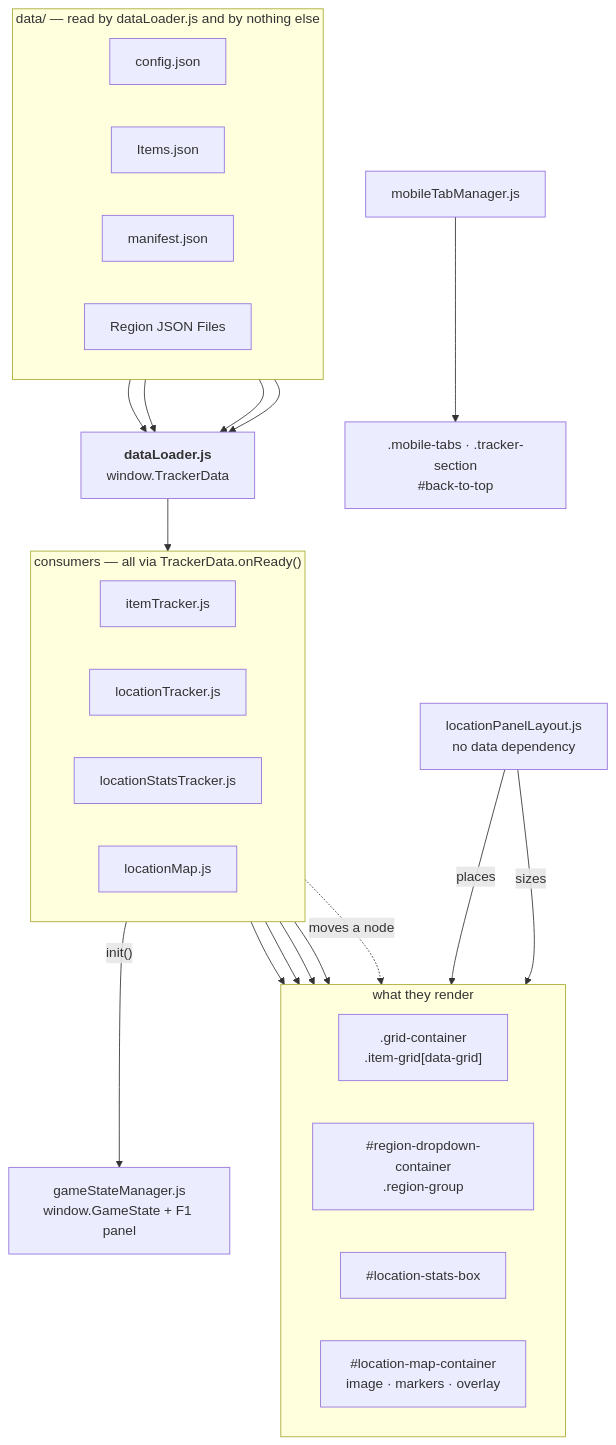
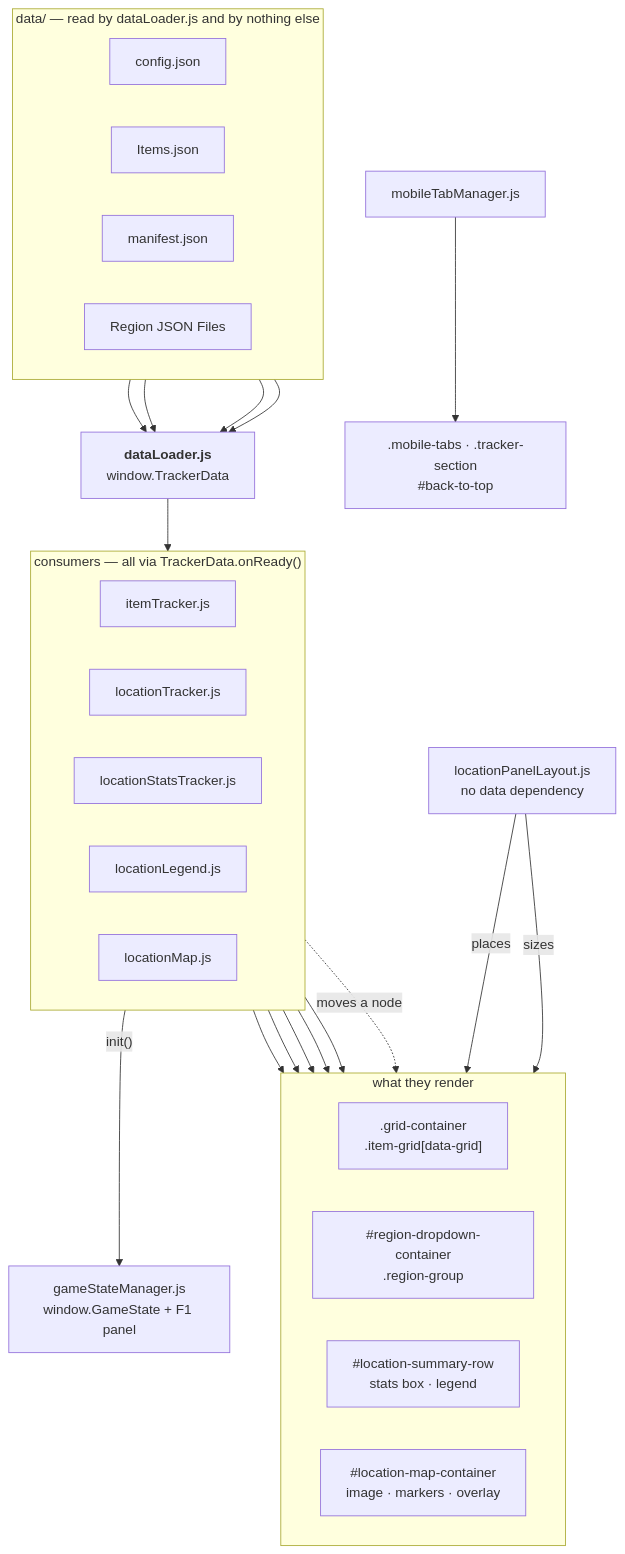
Before and after one commit to GonzaloJMora/mm3drTracker: the first of 5 diagrams in documentation/architecture-diagram.md, drawn with Mermaid. The commit also changed other lines of this file and 75 other files, not shown here.

````diff
--- a/documentation/architecture-diagram.md
+++ b/documentation/architecture-diagram.md
@@ -20,48 +21,50 @@
 ```mermaid
 flowchart TB
     subgraph D["data/ — read by dataLoader.js and by nothing else"]
         direction LR
         CFG["config.json"]
         ITM["Items.json"]
         MAN["manifest.json"]
         REG["Region JSON Files"]
     end
 
     DL["<b>dataLoader.js</b><br/>window.TrackerData"]
     CFG --> DL
     ITM --> DL
     MAN --> DL
     REG --> DL
 
     subgraph CONS["consumers — all via TrackerData.onReady()"]
         direction LR
         IT["itemTracker.js"]
         LT["locationTracker.js"]
         LST["locationStatsTracker.js"]
+        LEG["locationLegend.js"]
         LM["locationMap.js"]
     end
     DL --> CONS
 
     subgraph DOM["what they render"]
         direction LR
         G[".grid-container<br/>.item-grid[data-grid]"]
         RDC["#region-dropdown-container<br/>.region-group"]
-        SB["#location-stats-box"]
+        SB["#location-summary-row<br/>stats box · legend"]
         MC["#location-map-container<br/>image · markers · overlay"]
     end
 
     IT --> G
     LT --> RDC
     LST --> SB
+    LEG --> SB
     LM --> MC
 
     GSM["gameStateManager.js<br/>window.GameState + F1 panel"]
     IT -- "init()" --> GSM
 
     LPL["locationPanelLayout.js<br/>no data dependency"]
     LPL -- "places" --> SB
     LPL -- "sizes" --> MC
     LM -. "moves a node" .-> MC
 
     MTM["mobileTabManager.js"] --> TABS[".mobile-tabs · .tracker-section<br/>#back-to-top"]
 ```
````
